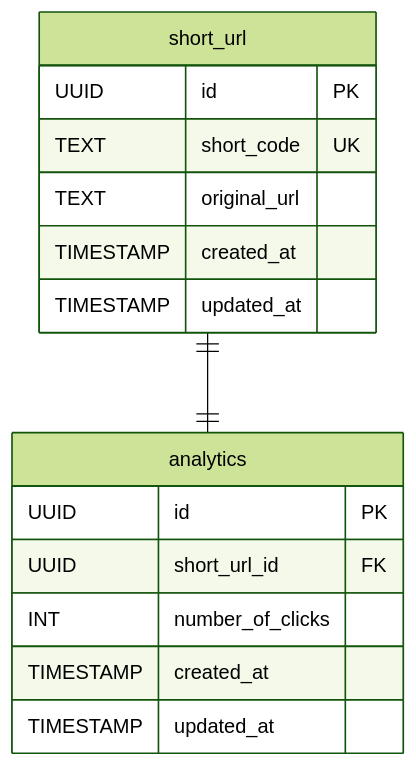
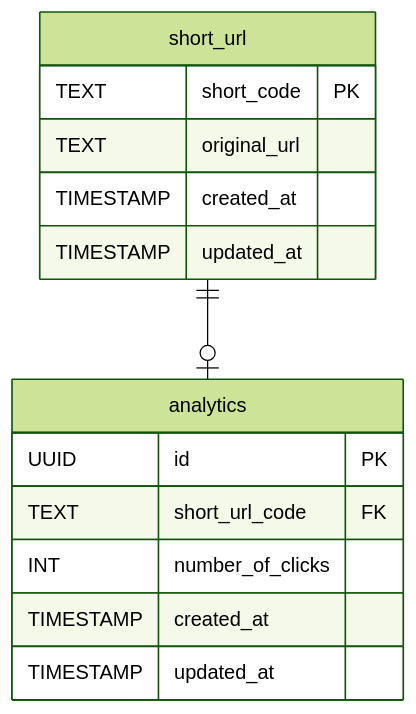
The second of 6 diagrams in README.md (mlizandier/url-shortener), drawn with Mermaid (forest theme) before and after one commit. The commit also changed other lines of this file and 2 other files, not shown here.

````diff
--- a/README.md
+++ b/README.md
@@ -76,18 +75,17 @@
 ```mermaid
 erDiagram
-    short_url ||--|| analytics : ""
+    short_url ||--o| analytics : ""
     short_url {
-        UUID id PK
-        TEXT short_code UK
+        TEXT short_code PK
         TEXT original_url
         TIMESTAMP created_at
         TIMESTAMP updated_at
     }
     analytics {
         UUID id PK
-        UUID short_url_id FK
+        TEXT short_url_code FK
         INT number_of_clicks
         TIMESTAMP created_at
         TIMESTAMP updated_at
     }
 ```
````
